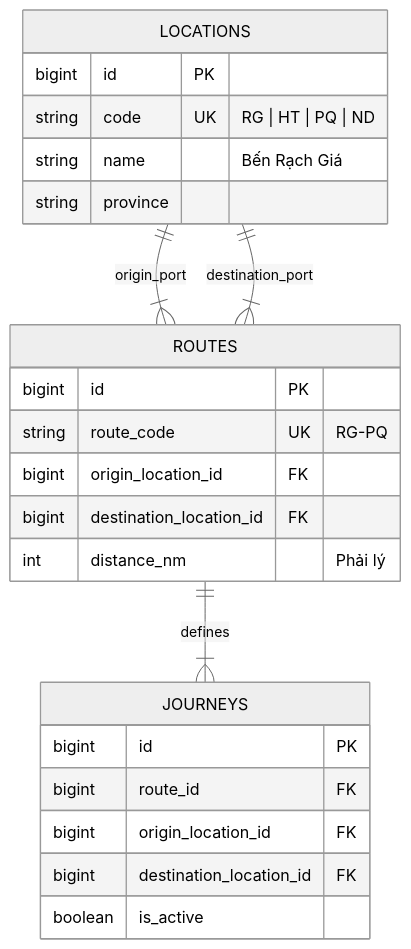
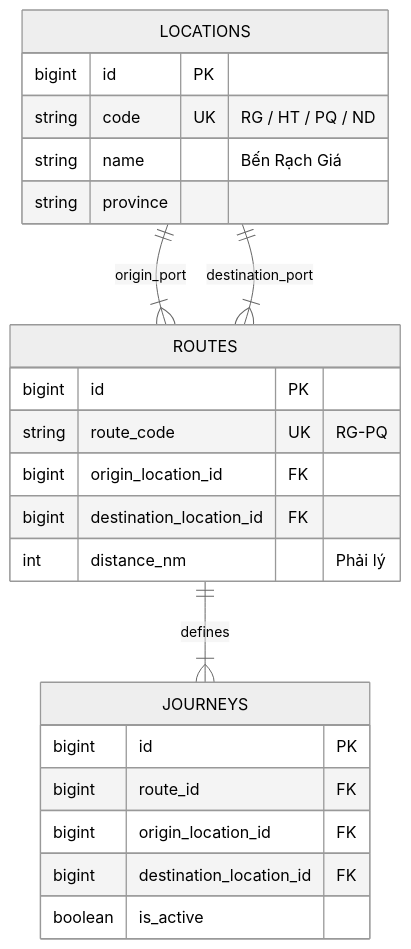
One commit to tomone2kd000-ux/superdong-booking-system changed the diagram in content/docs/chuong-01-master-data-va-so-do-tau/01-master-data-locations-routes-journeys.mdx. Above: the diagram before and after it, drawn with Mermaid (neutral theme). The commit also changed 17 other files, not shown here.

Commit message:
fix: resolve Mermaid erDiagram syntax warnings across all MDX files

````diff
--- a/content/docs/chuong-01-master-data-va-so-do-tau/01-master-data-locations-routes-journeys.mdx
+++ b/content/docs/chuong-01-master-data-va-so-do-tau/01-master-data-locations-routes-journeys.mdx
@@ -30,29 +30,29 @@
 ```mermaid
 erDiagram
     LOCATIONS ||--|{ ROUTES : origin_port
     LOCATIONS ||--|{ ROUTES : destination_port
     ROUTES ||--|{ JOURNEYS : defines
 
     LOCATIONS {
         bigint id PK
-        string code UK "RG | HT | PQ | ND"
+        string code UK "RG / HT / PQ / ND"
         string name "Bến Rạch Giá"
         string province
     }
 
     ROUTES {
         bigint id PK
         string route_code UK "RG-PQ"
         bigint origin_location_id FK
         bigint destination_location_id FK
         int distance_nm "Phải lý"
     }
 
     JOURNEYS {
         bigint id PK
         bigint route_id FK
         bigint origin_location_id FK
         bigint destination_location_id FK
         boolean is_active
     }
 ```
````
